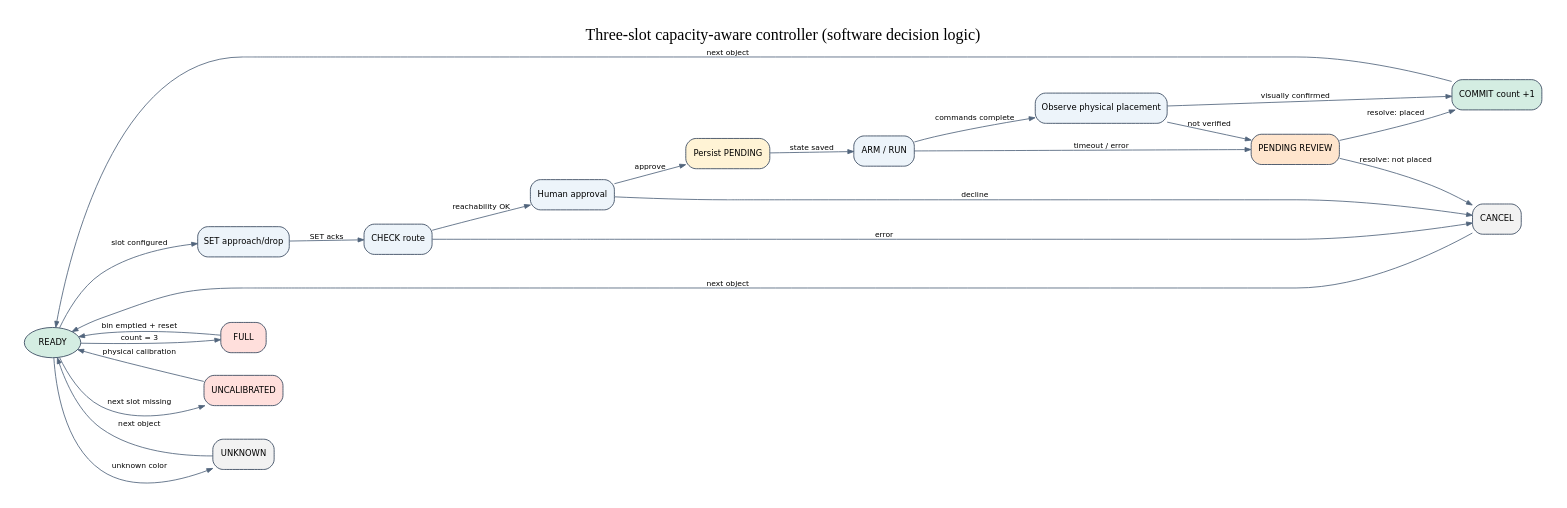
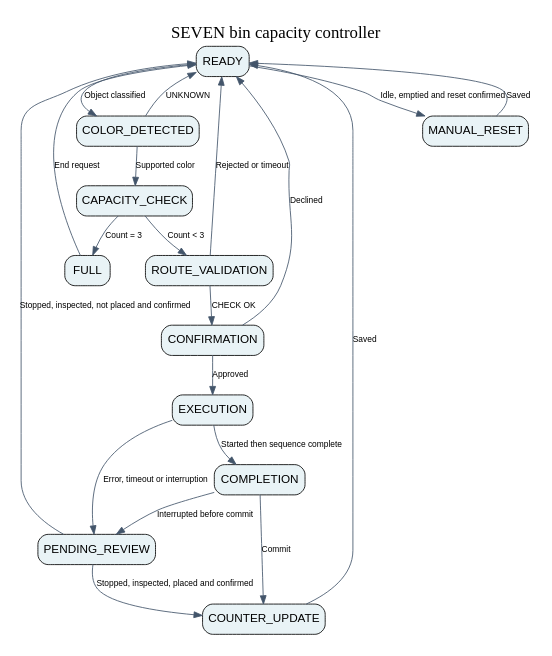
One commit to SniAssia/Sorting_arm_project changed the diagram in docs/diagrams/slot_tracker_fsm.dot. Above: the diagram before and after it, drawn with Graphviz. The commit also changed 15 other files, not shown here.

```diff
--- a/docs/diagrams/slot_tracker_fsm.dot
+++ b/docs/diagrams/slot_tracker_fsm.dot
@@ -1,40 +1,24 @@
-digraph SEVEN_SlotController {
-  graph [label="Three-slot capacity-aware controller (software decision logic)",labelloc=t,fontsize=19,
-    rankdir=LR,overlap=false,splines=true,pad=0.3,nodesep=0.32,ranksep=0.65];
-  node [shape=box, style="rounded,filled",fillcolor="#EDF4FA",color="#34445B",fontname="DejaVu Sans",fontsize=10,margin="0.13,0.09"];
-  edge [color="#51657C",fontname="DejaVu Sans",fontsize=9,arrowsize=0.7];
-  READY [shape=ellipse,fillcolor="#D4EDE2"];
-  SET [label="SET approach/drop"];
-  CHECK [label="CHECK route"];
-  CONFIRM [label="Human approval"];
-  PENDING [label="Persist PENDING",fillcolor="#FFF3D5"];
-  RUN [label="ARM / RUN"];
-  OBSERVE [label="Observe physical placement"];
-  COMMIT [label="COMMIT count +1",fillcolor="#D4EDE2"];
-  REVIEW [label="PENDING REVIEW",fillcolor="#FFE5CD"];
-  FULL [fillcolor="#FFDFDC"];
-  UNCALIBRATED [fillcolor="#FFDFDC"];
-  UNKNOWN [fillcolor="#F2F2F2"];
-  CANCEL [fillcolor="#F2F2F2"];
-  READY -> UNKNOWN [label="unknown color"];
-  READY -> FULL [label="count = 3"];
-  READY -> UNCALIBRATED [label="next slot missing"];
-  READY -> SET [label="slot configured"];
-  SET -> CHECK [label="SET acks"];
-  CHECK -> CONFIRM [label="reachability OK"];
-  CHECK -> CANCEL [label="error"];
-  CONFIRM -> CANCEL [label="decline"];
-  CONFIRM -> PENDING [label="approve"];
-  PENDING -> RUN [label="state saved"];
-  RUN -> OBSERVE [label="commands complete"];
-  RUN -> REVIEW [label="timeout / error"];
-  OBSERVE -> REVIEW [label="not verified"];
-  OBSERVE -> COMMIT [label="visually confirmed"];
-  REVIEW -> COMMIT [label="resolve: placed"];
-  REVIEW -> CANCEL [label="resolve: not placed"];
-  COMMIT -> READY [label="next object"];
-  CANCEL -> READY [label="next object"];
-  FULL -> READY [label="bin emptied + reset"];
-  UNCALIBRATED -> READY [label="physical calibration"];
-  UNKNOWN -> READY [label="next object"];
+digraph BinCapacity {
+  graph [rankdir=TB, label="SEVEN bin capacity controller", labelloc=t, fontsize=20, bgcolor="white", pad=0.25];
+  node [shape=box, style="rounded,filled", fillcolor="#e9f3f6", fontname="Arial"];
+  edge [fontname="Arial", fontsize=10, color="#43556a"];
+  READY -> COLOR_DETECTED [label="Object classified"];
+  COLOR_DETECTED -> READY [label="UNKNOWN"];
+  COLOR_DETECTED -> CAPACITY_CHECK [label="Supported color"];
+  CAPACITY_CHECK -> FULL [label="Count = 3"];
+  FULL -> READY [label="End request"];
+  CAPACITY_CHECK -> ROUTE_VALIDATION [label="Count < 3"];
+  ROUTE_VALIDATION -> READY [label="Rejected or timeout"];
+  ROUTE_VALIDATION -> CONFIRMATION [label="CHECK OK"];
+  CONFIRMATION -> READY [label="Declined"];
+  CONFIRMATION -> EXECUTION [label="Approved"];
+  EXECUTION -> COMPLETION [label="Started then sequence complete"];
+  EXECUTION -> PENDING_REVIEW [label="Error, timeout or interruption"];
+  COMPLETION -> COUNTER_UPDATE [label="Commit"];
+  COMPLETION -> PENDING_REVIEW [label="Interrupted before commit"];
+  PENDING_REVIEW -> COUNTER_UPDATE [label="Stopped, inspected, placed and confirmed"];
+  PENDING_REVIEW -> READY [label="Stopped, inspected, not placed and confirmed"];
+  COUNTER_UPDATE -> READY [label="Saved"];
+  READY -> MANUAL_RESET [label="Idle, emptied and reset confirmed"];
+  MANUAL_RESET -> READY [label="Saved"];
 }
```
